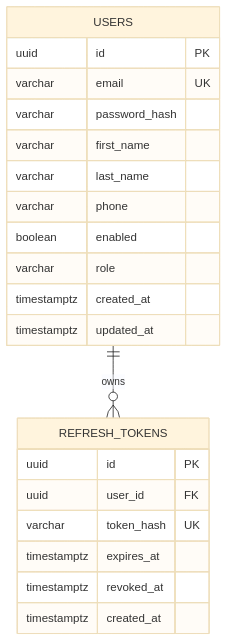
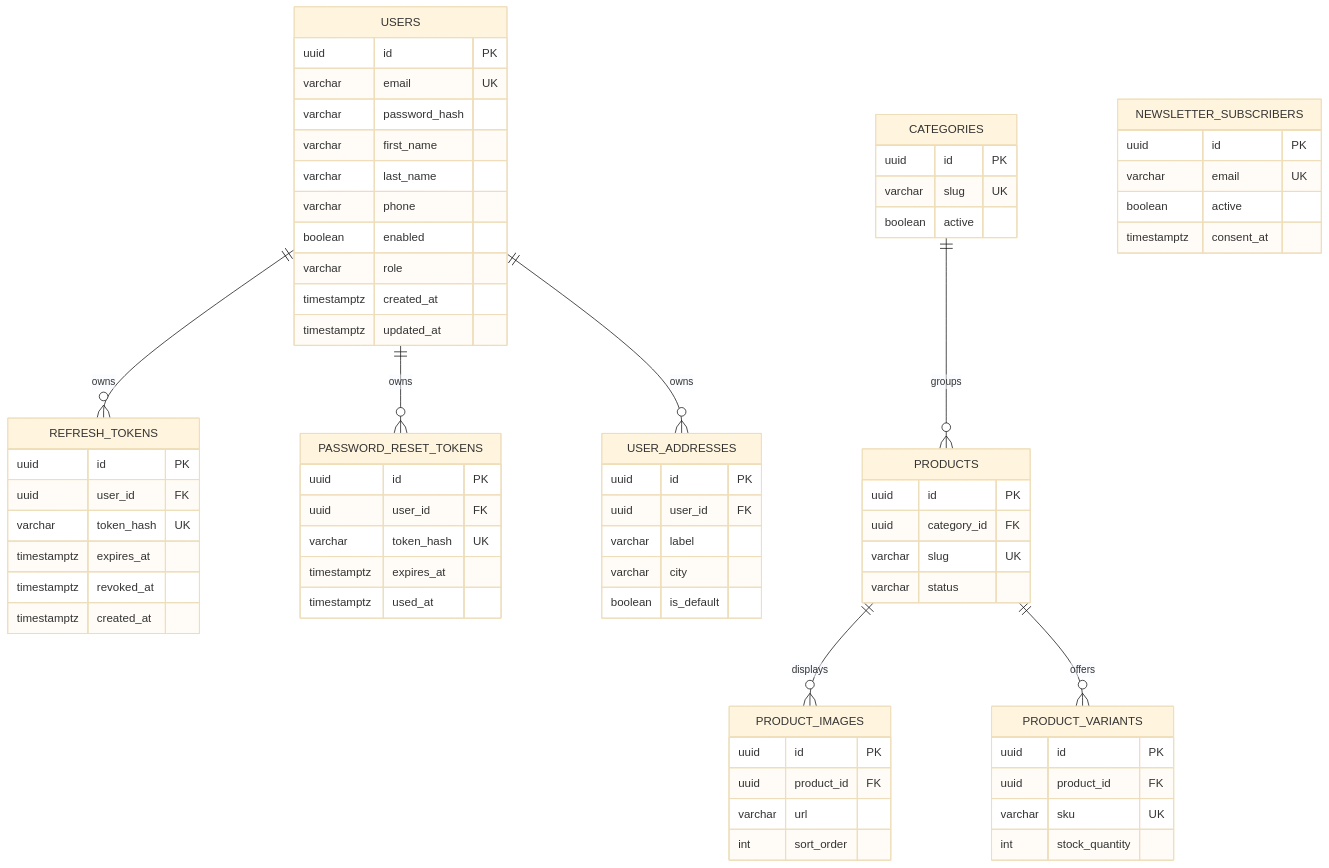
Before and after one commit to BurhanDundar/DeusExMachinaClone: the diagram in docs/DATABASE.md, drawn with Mermaid (base theme). The commit also changed other lines of this file and 74 other files, not shown here.

````diff
--- a/docs/DATABASE.md
+++ b/docs/DATABASE.md
@@ -8,24 +8,72 @@
 ```mermaid
 erDiagram
   USERS ||--o{ REFRESH_TOKENS : owns
+  USERS ||--o{ PASSWORD_RESET_TOKENS : owns
+  USERS ||--o{ USER_ADDRESSES : owns
+  CATEGORIES ||--o{ PRODUCTS : groups
+  PRODUCTS ||--o{ PRODUCT_IMAGES : displays
+  PRODUCTS ||--o{ PRODUCT_VARIANTS : offers
   USERS {
     uuid id PK
     varchar email UK
     varchar password_hash
     varchar first_name
     varchar last_name
     varchar phone
     boolean enabled
     varchar role
     timestamptz created_at
     timestamptz updated_at
   }
   REFRESH_TOKENS {
     uuid id PK
     uuid user_id FK
     varchar token_hash UK
     timestamptz expires_at
     timestamptz revoked_at
     timestamptz created_at
   }
+  PASSWORD_RESET_TOKENS {
+    uuid id PK
+    uuid user_id FK
+    varchar token_hash UK
+    timestamptz expires_at
+    timestamptz used_at
+  }
+  USER_ADDRESSES {
+    uuid id PK
+    uuid user_id FK
+    varchar label
+    varchar city
+    boolean is_default
+  }
+  CATEGORIES {
+    uuid id PK
+    varchar slug UK
+    boolean active
+  }
+  PRODUCTS {
+    uuid id PK
+    uuid category_id FK
+    varchar slug UK
+    varchar status
+  }
+  PRODUCT_IMAGES {
+    uuid id PK
+    uuid product_id FK
+    varchar url
+    int sort_order
+  }
+  PRODUCT_VARIANTS {
+    uuid id PK
+    uuid product_id FK
+    varchar sku UK
+    int stock_quantity
+  }
+  NEWSLETTER_SUBSCRIBERS {
+    uuid id PK
+    varchar email UK
+    boolean active
+    timestamptz consent_at
+  }
 ```
````
